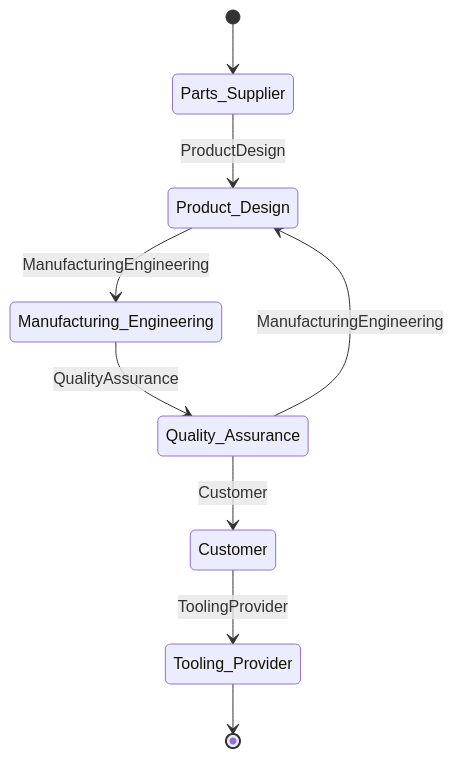
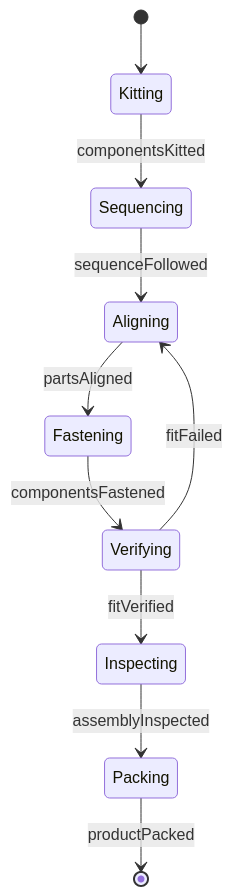
Before and after one commit to dot-org-ai/tasks.org.ai: the second of 4 diagrams in HandlingAndMovingObjects/AssembleEquipmentOrComponents/AssembleEquipmentComponents.mdx, drawn with Mermaid. The commit also changed other lines of this file and 515 other files, not shown here.

````diff
--- a/HandlingAndMovingObjects/AssembleEquipmentOrComponents/AssembleEquipmentComponents.mdx
+++ b/HandlingAndMovingObjects/AssembleEquipmentOrComponents/AssembleEquipmentComponents.mdx
@@ -101,11 +99,12 @@
 ```mermaid
 stateDiagram-v2
-    [*] --> Parts_Supplier
-    Parts_Supplier --> Product_Design: ProductDesign
-    Product_Design --> Manufacturing_Engineering: ManufacturingEngineering
-    Manufacturing_Engineering --> Quality_Assurance: QualityAssurance
-    Quality_Assurance --> Customer: Customer
-    Customer --> Tooling_Provider: ToolingProvider
-    Quality_Assurance --> Product_Design: ManufacturingEngineering
-    Tooling_Provider --> [*]
+    [*] --> Kitting
+    Kitting --> Sequencing : componentsKitted
+    Sequencing --> Aligning : sequenceFollowed
+    Aligning --> Fastening : partsAligned
+    Fastening --> Verifying : componentsFastened
+    Verifying --> Inspecting : fitVerified
+    Inspecting --> Packing : assemblyInspected
+    Verifying --> Aligning : fitFailed
+    Packing --> [*] : productPacked
 ```
````
